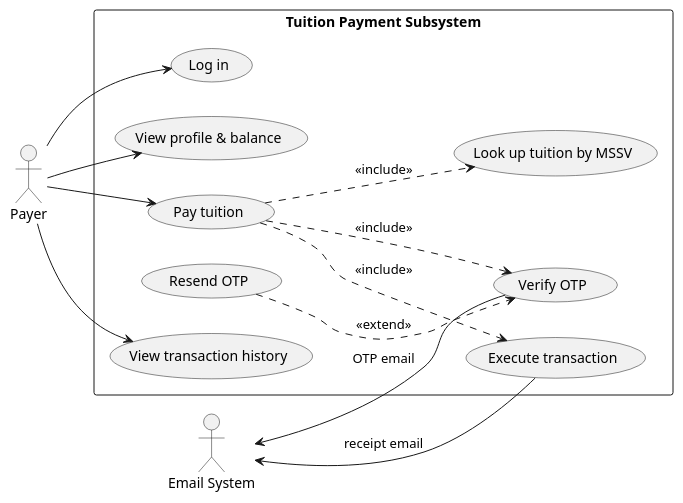
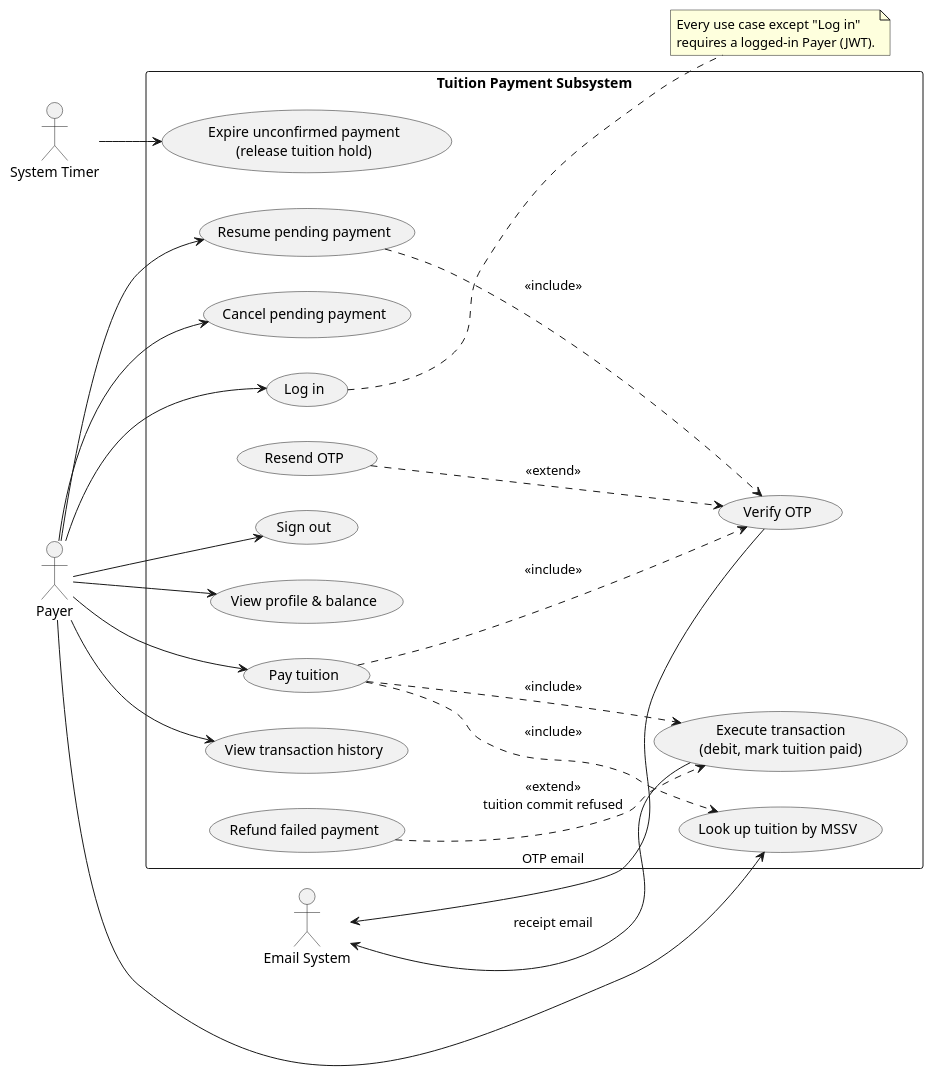
Before and after one commit to JamesJoys-vie/Project: the diagram in docs/diagrams/use-case.puml, drawn with PlantUML. The commit also changed 3 other files, not shown here.

Commit message:
Committed diagrams from the project

```diff
--- a/docs/diagrams/use-case.puml
+++ b/docs/diagrams/use-case.puml
@@ -1,25 +1,43 @@
 @startuml
 left to right direction
+skinparam packageStyle rectangle
 actor Payer
 actor "Email System" as Mail
+actor "System Timer" as Timer
 rectangle "Tuition Payment Subsystem" {
   usecase "Log in" as UC1
+  usecase "Sign out" as UC12
   usecase "View profile & balance" as UC2
   usecase "Look up tuition by MSSV" as UC3
   usecase "Pay tuition" as UC4
   usecase "Verify OTP" as UC5
-  usecase "Execute transaction" as UC6
+  usecase "Execute transaction\n(debit, mark tuition paid)" as UC6
   usecase "Resend OTP" as UC7
   usecase "View transaction history" as UC8
+  usecase "Resume pending payment" as UC9
+  usecase "Cancel pending payment" as UC10
+  usecase "Expire unconfirmed payment\n(release tuition hold)" as UC11
+  usecase "Refund failed payment" as UC13
 }
 Payer --> UC1
+Payer --> UC12
 Payer --> UC2
+Payer --> UC3
 Payer --> UC4
 Payer --> UC8
+Payer --> UC9
+Payer --> UC10
 UC4 ..> UC3 : <<include>>
 UC4 ..> UC5 : <<include>>
 UC4 ..> UC6 : <<include>>
 UC7 ..> UC5 : <<extend>>
+UC9 ..> UC5 : <<include>>
+UC13 ..> UC6 : <<extend>>\ntuition commit refused
+Timer --> UC11
 Mail <-- UC5 : OTP email
 Mail <-- UC6 : receipt email
+note right of UC1
+  Every use case except "Log in"
+  requires a logged-in Payer (JWT).
+end note
 @enduml
```
